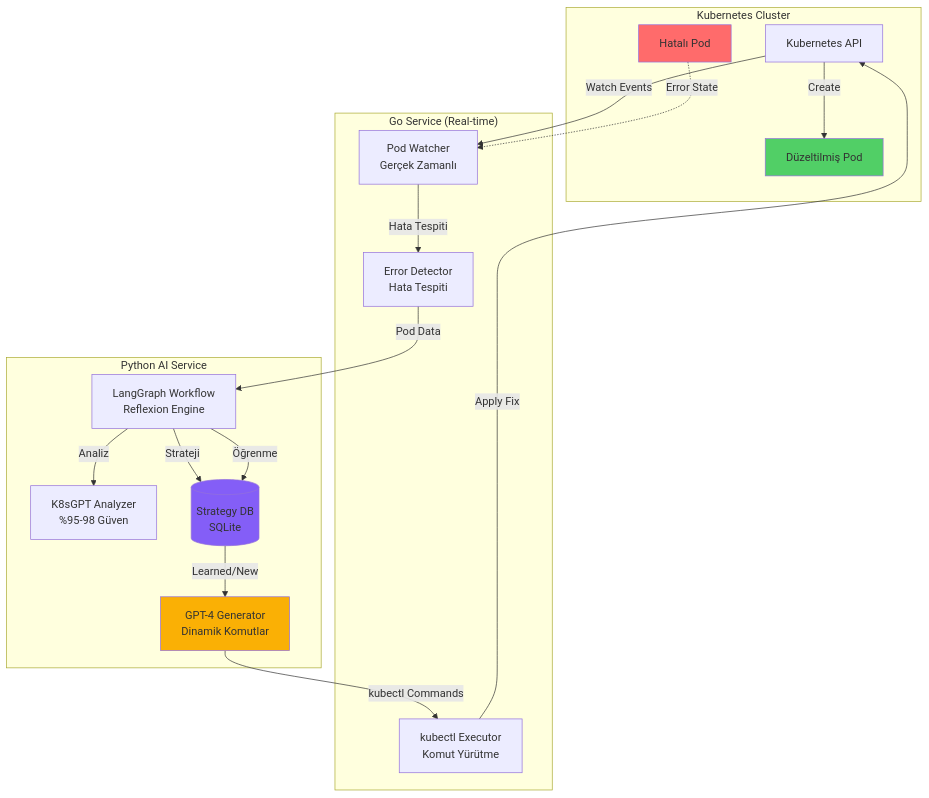
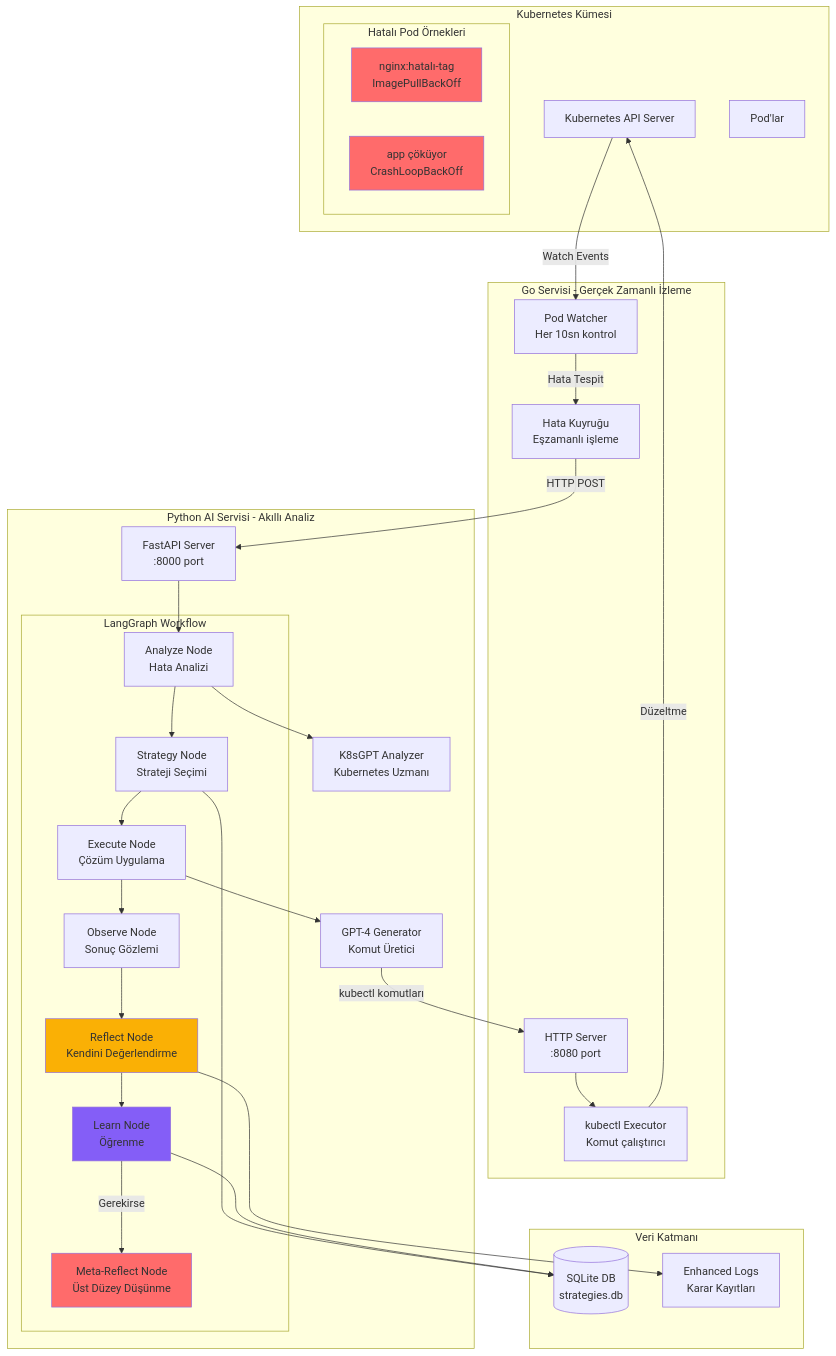
Before and after one commit to mmsuerkan/kubernetes-thesis: the second of 3 diagrams in README.md, drawn with Mermaid. The commit also changed other lines of this file, not shown here.

First line of the commit message:
docs: Complete rewrite of README in Turkish with focus on k8s-real-integration

````diff
--- a/README.md
+++ b/README.md
@@ -23,39 +75,70 @@
 ```mermaid
 graph TB
-    subgraph "Kubernetes Cluster"
-        K8S[Kubernetes API]
-        POD_ERROR[Hatalı Pod]
-        POD_FIXED[Düzeltilmiş Pod]
+    subgraph "Kubernetes Kümesi"
+        K8S_API[Kubernetes API Server]
+        PODS[Pod'lar]
+        
+        subgraph "Hatalı Pod Örnekleri"
+            IMG_ERR[nginx:hatalı-tag<br/>ImagePullBackOff]
+            CRASH_ERR[app çöküyor<br/>CrashLoopBackOff]
+        end
     end
-
-    subgraph "Go Service (Real-time)"
-        WATCHER[Pod Watcher<br/>Gerçek Zamanlı]
-        DETECTOR[Error Detector<br/>Hata Tespiti]
-        EXECUTOR[kubectl Executor<br/>Komut Yürütme]
+    
+    subgraph "Go Servisi - Gerçek Zamanlı İzleme"
+        WATCHER[Pod Watcher<br/>Her 10sn kontrol]
+        ERROR_Q[Hata Kuyruğu<br/>Eşzamanlı işleme]
+        HTTP_SERVER[HTTP Server<br/>:8080 port]
+        KUBECTL[kubectl Executor<br/>Komut çalıştırıcı]
     end
-
-    subgraph "Python AI Service"
-        WORKFLOW[LangGraph Workflow<br/>Reflexion Engine]
-        ANALYZER[K8sGPT Analyzer<br/>%95-98 Güven]
-        AI_GEN[GPT-4 Generator<br/>Dinamik Komutlar]
-        MEMORY[(Strategy DB<br/>SQLite)]
+    
+    subgraph "Python AI Servisi - Akıllı Analiz"
+        FASTAPI[FastAPI Server<br/>:8000 port]
+        
+        subgraph "LangGraph Workflow"
+            ANALYZE[Analyze Node<br/>Hata Analizi]
+            STRATEGY[Strategy Node<br/>Strateji Seçimi]
+            EXECUTE[Execute Node<br/>Çözüm Uygulama]
+            OBSERVE[Observe Node<br/>Sonuç Gözlemi]
+            REFLECT[Reflect Node<br/>Kendini Değerlendirme]
+            LEARN[Learn Node<br/>Öğrenme]
+            META[Meta-Reflect Node<br/>Üst Düzey Düşünme]
+        end
+        
+        K8SGPT[K8sGPT Analyzer<br/>Kubernetes Uzmanı]
+        GPT4[GPT-4 Generator<br/>Komut Üretici]
     end
-
-    K8S -->|Watch Events| WATCHER
-    WATCHER -->|Hata Tespiti| DETECTOR
-    DETECTOR -->|Pod Data| WORKFLOW
-    WORKFLOW -->|Analiz| ANALYZER
-    WORKFLOW -->|Strateji| MEMORY
-    MEMORY -->|Learned/New| AI_GEN
-    AI_GEN -->|kubectl Commands| EXECUTOR
-    EXECUTOR -->|Apply Fix| K8S
-    K8S -->|Create| POD_FIXED
-
-    POD_ERROR -.->|Error State| WATCHER
-    WORKFLOW -->|Öğrenme| MEMORY
-
-    style POD_ERROR fill:#ff6b6b
-    style POD_FIXED fill:#51cf66
-    style AI_GEN fill:#fab005
-    style MEMORY fill:#845ef7
+    
+    subgraph "Veri Katmanı"
+        SQLITE[(SQLite DB<br/>strategies.db)]
+        LOGS[Enhanced Logs<br/>Karar Kayıtları]
+    end
+    
+    K8S_API -->|Watch Events| WATCHER
+    WATCHER -->|Hata Tespit| ERROR_Q
+    ERROR_Q -->|HTTP POST| FASTAPI
+    
+    FASTAPI --> ANALYZE
+    ANALYZE --> STRATEGY
+    STRATEGY --> EXECUTE
+    EXECUTE --> OBSERVE
+    OBSERVE --> REFLECT
+    REFLECT --> LEARN
+    LEARN -->|Gerekirse| META
+    
+    ANALYZE --> K8SGPT
+    STRATEGY --> SQLITE
+    EXECUTE --> GPT4
+    
+    GPT4 -->|kubectl komutları| HTTP_SERVER
+    HTTP_SERVER --> KUBECTL
+    KUBECTL -->|Düzeltme| K8S_API
+    
+    LEARN --> SQLITE
+    REFLECT --> LOGS
+    
+    style IMG_ERR fill:#ff6b6b
+    style CRASH_ERR fill:#ff6b6b
+    style REFLECT fill:#fab005
+    style LEARN fill:#845ef7
+    style META fill:#ff6b6b
 ```
````
